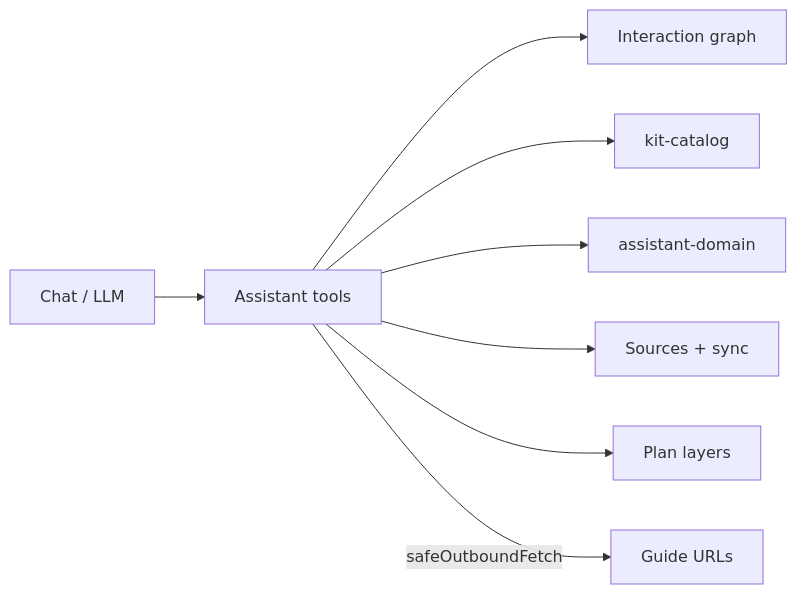
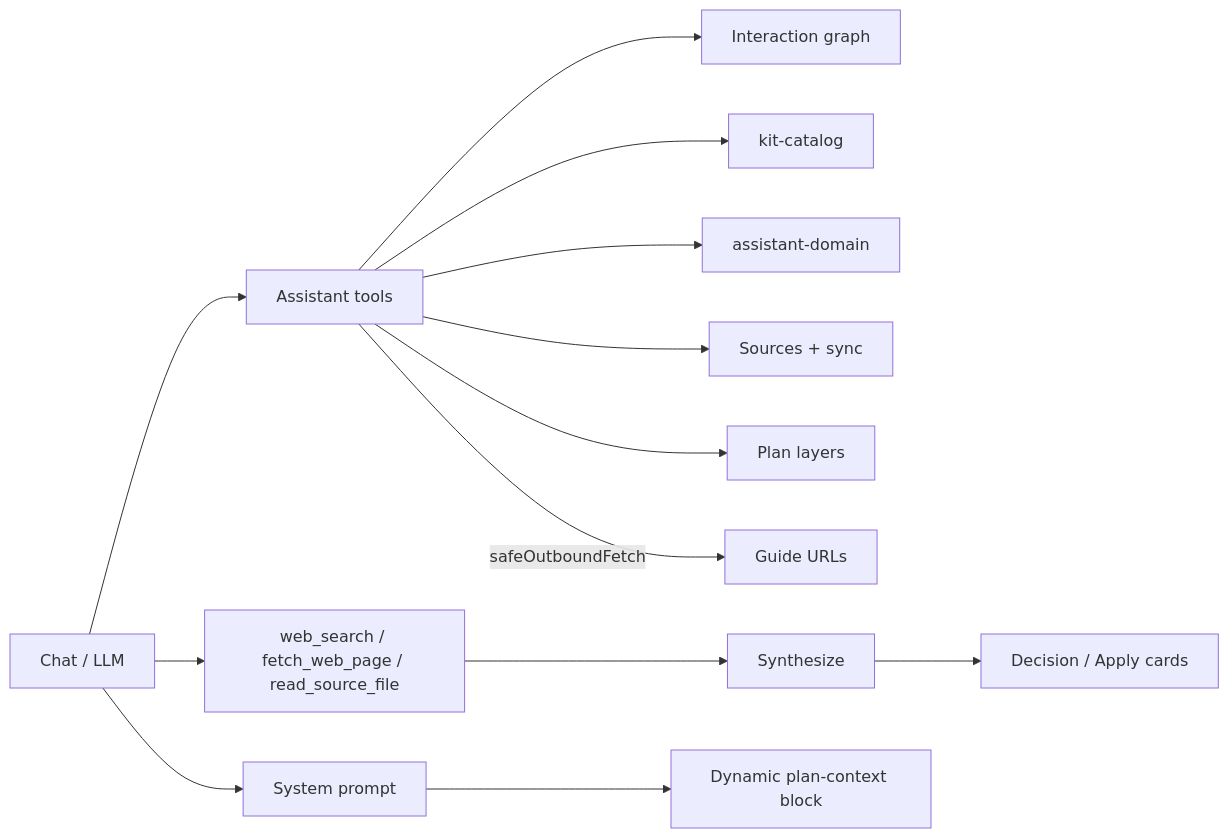
The fourth of 4 diagrams in docs/ARCHITECTURE.md (poitee/PrintPartnerPartner), drawn with Mermaid before and after one commit. The commit also changed other lines of this file and 18 other files, not shown here.

First line of the commit message:
Polish assistant UX, remove dead code, and refresh architecture docs.

````diff
--- a/docs/ARCHITECTURE.md
+++ b/docs/ARCHITECTURE.md
@@ -107,10 +107,15 @@
 ```mermaid
 flowchart LR
   Chat[Chat / LLM] --> Tools[Assistant tools]
   Tools --> Graph[Interaction graph]
   Tools --> Catalog[kit-catalog]
   Tools --> Domain[assistant-domain]
   Tools --> Sources[Sources + sync]
   Tools --> Plan[Plan layers]
   Tools -->|"safeOutboundFetch"| Web[Guide URLs]
+  Research[web_search / fetch_web_page / read_source_file] --> Synth[Synthesize]
+  Synth --> Cards[Decision / Apply cards]
+  Chat --> Research
+  Chat --> Prompt[System prompt]
+  Prompt --> PlanCtx[Dynamic plan-context block]
 ```
````
